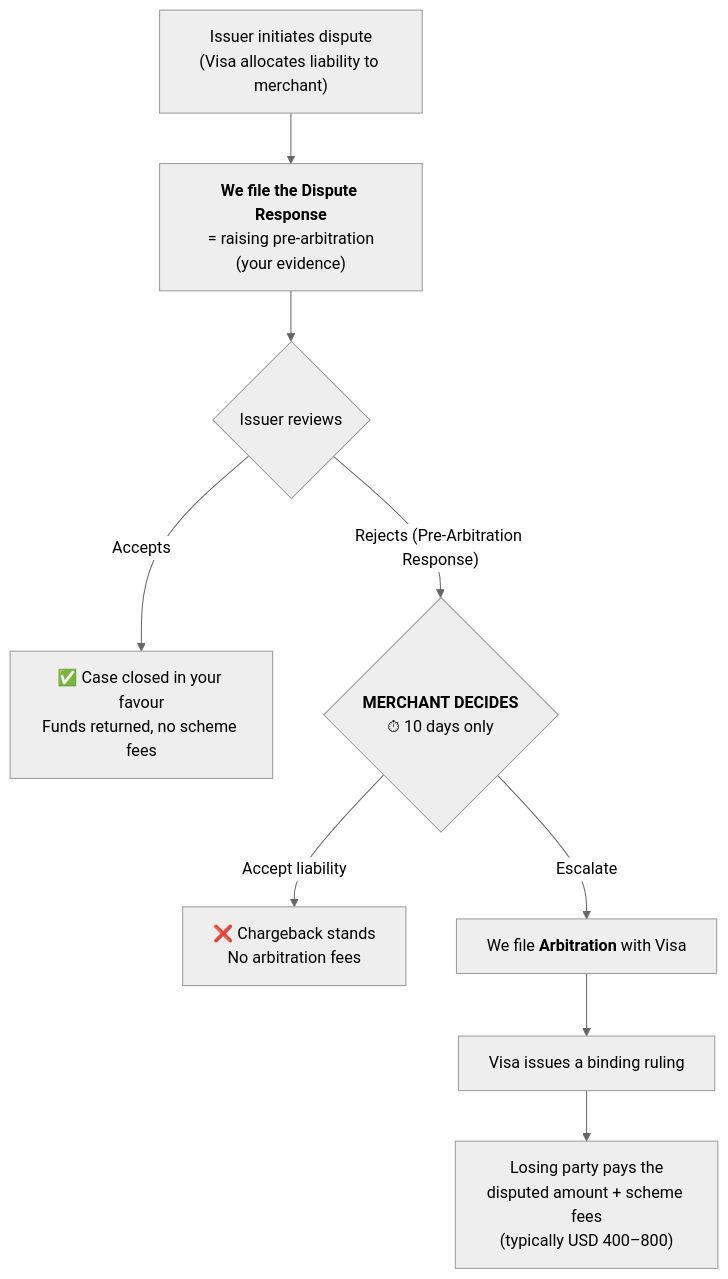
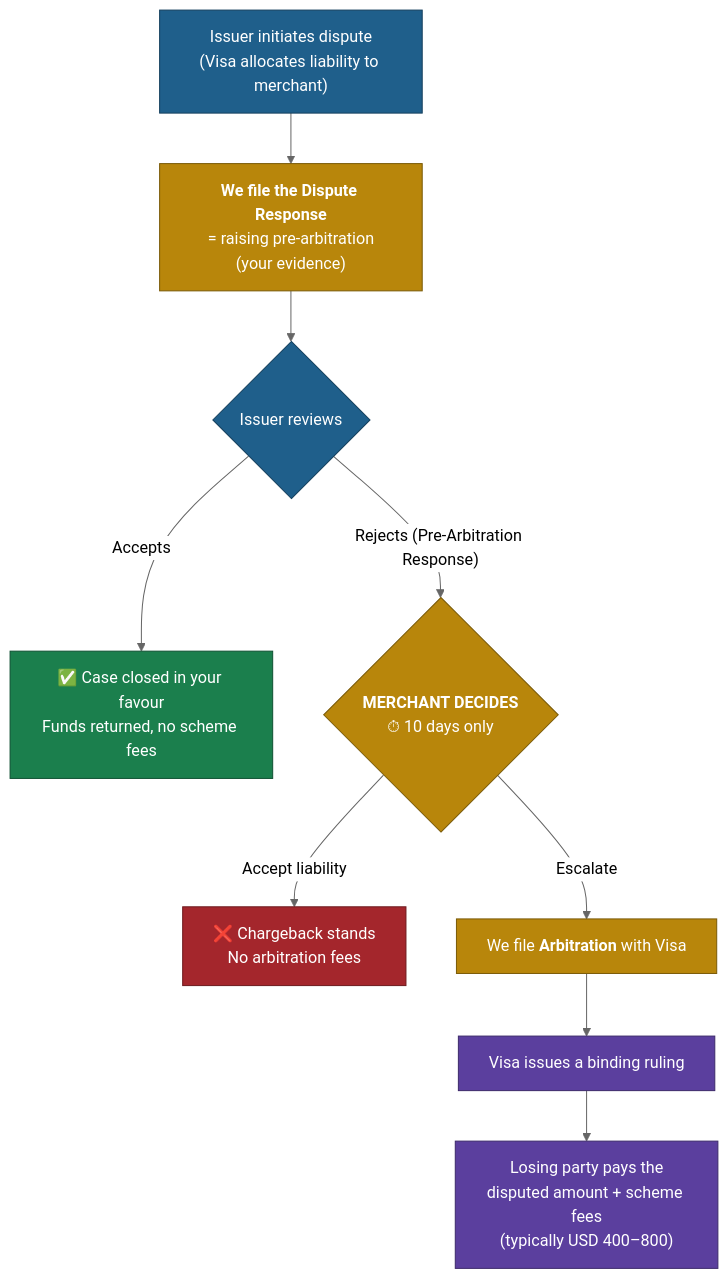
The second of 7 diagrams in docs/dispute-second-cycle-pre-arbitration-and-arbitration.md (rowintharanee-sys/Claude), drawn with Mermaid (neutral theme) before and after one commit. The commit also changed other lines of this file and 17 other files, not shown here.

First line of the commit message:
Ship sharp, downloadable flow diagrams

````diff
--- a/docs/dispute-second-cycle-pre-arbitration-and-arbitration.md
+++ b/docs/dispute-second-cycle-pre-arbitration-and-arbitration.md
@@ -187,11 +192,23 @@
 ```mermaid
 flowchart TD
     A["Issuer initiates dispute<br/>(Visa allocates liability to merchant)"] --> B
     B["<b>We file the Dispute Response</b><br/>= raising pre-arbitration<br/>(your evidence)"] --> C{"Issuer reviews"}
     C -->|Accepts| W["✅ Case closed in your favour<br/>Funds returned, no scheme fees"]
     C -->|"Rejects (Pre-Arbitration Response)"| D{"<b>MERCHANT DECIDES</b><br/>⏱ 10 days only"}
     D -->|Accept liability| L["❌ Chargeback stands<br/>No arbitration fees"]
     D -->|Escalate| E["We file <b>Arbitration</b> with Visa"]
     E --> F["Visa issues a binding ruling"]
     F --> G["Losing party pays the<br/>disputed amount + scheme fees<br/>(typically USD 400–800)"]
+
+    classDef merchant fill:#b8860b,stroke:#7a5a07,color:#ffffff
+    classDef issuer fill:#1f5f8b,stroke:#15405e,color:#ffffff
+    classDef win fill:#1b7f4d,stroke:#0f5132,color:#ffffff
+    classDef loss fill:#a4262c,stroke:#6e1a1e,color:#ffffff
+    classDef arb fill:#5b3f9e,stroke:#3d2a6b,color:#ffffff
+    classDef neutral fill:#eef1f5,stroke:#8a94a3,color:#1a1a1a
+    class A,C issuer
+    class B,D,E merchant
+    class W win
+    class L loss
+    class F,G arb
 ```
````
